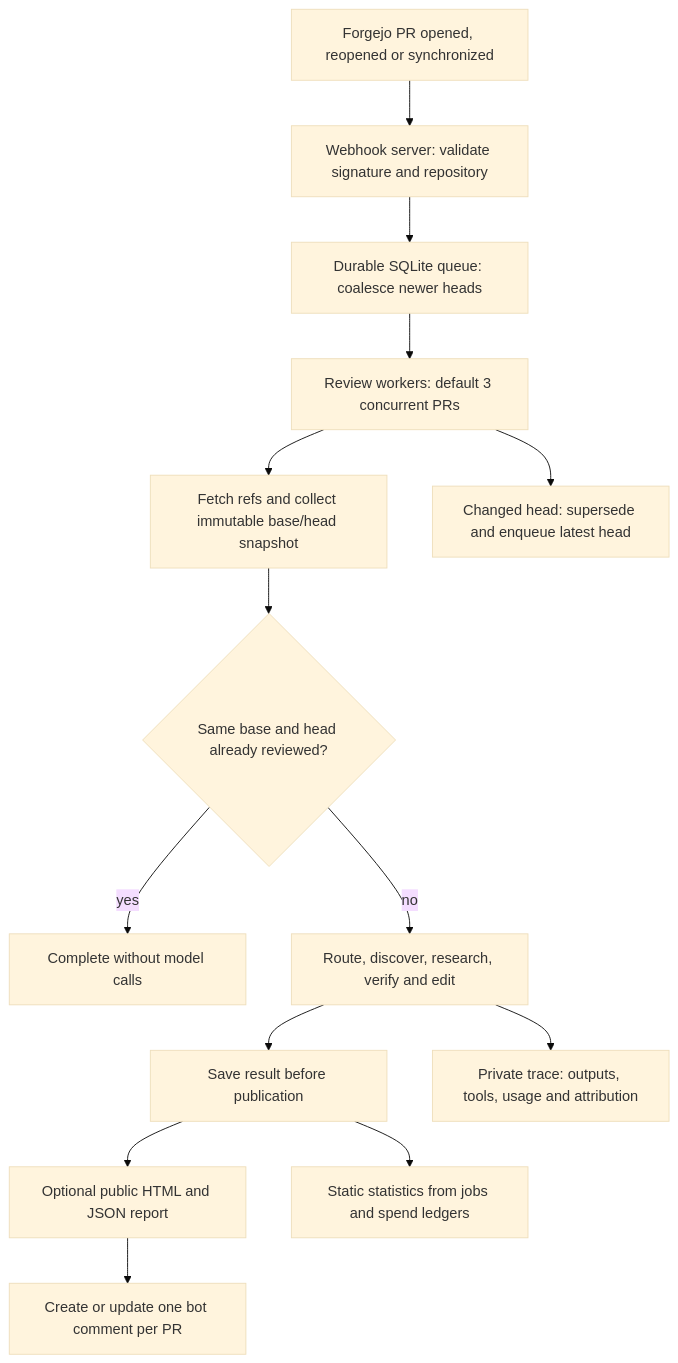
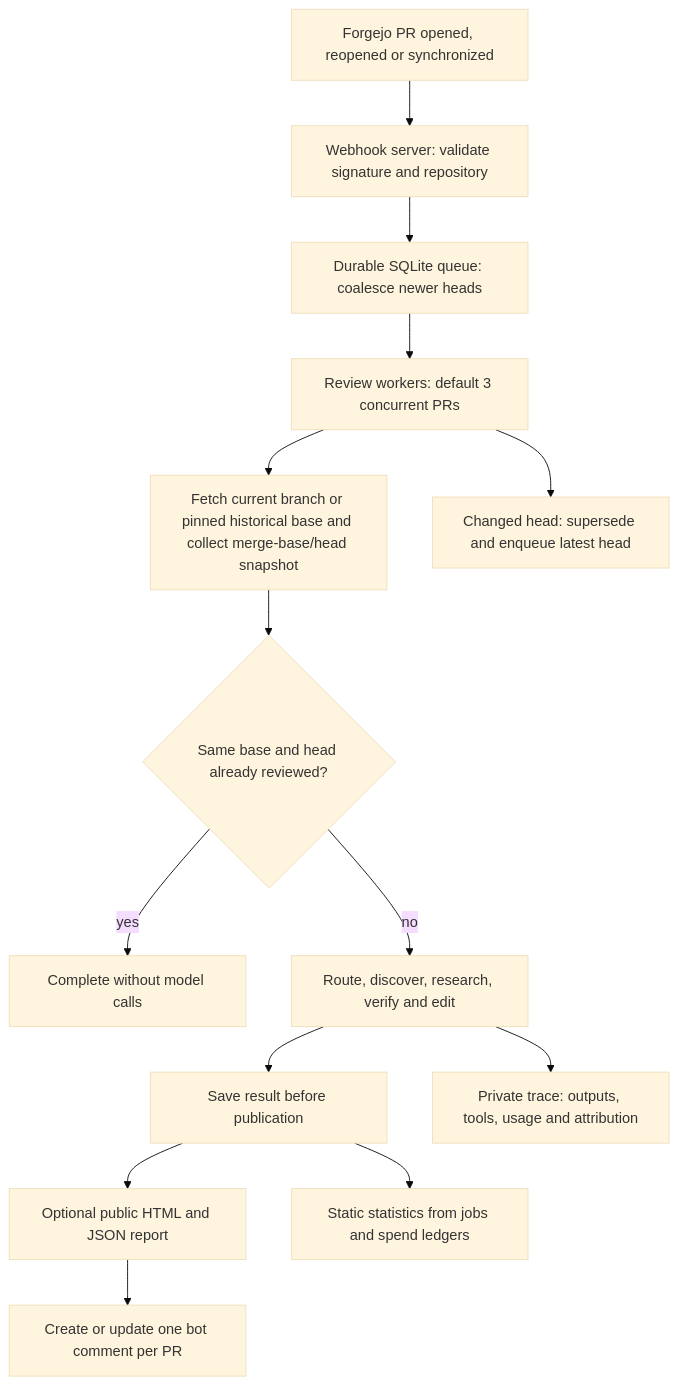
Before and after one commit to sedited/nix-wll: the first of 4 diagrams in pkgs/ralph/README.md, drawn with Mermaid (base theme). The commit also changed 5 other files, not shown here.

First line of the commit message:
Pin historical review bases before computing merge-base

````diff
--- a/pkgs/ralph/README.md
+++ b/pkgs/ralph/README.md
@@ -16,16 +16,16 @@
 ```mermaid
 flowchart TD
     event["Forgejo PR opened, reopened or synchronized"] --> webhook["Webhook server: validate signature and repository"]
     webhook --> queue["Durable SQLite queue: coalesce newer heads"]
     queue --> workers["Review workers: default 3 concurrent PRs"]
-    workers --> collect["Fetch refs and collect immutable base/head snapshot"]
+    workers --> collect["Fetch current branch or pinned historical base and collect merge-base/head snapshot"]
     collect --> existing{"Same base and head already reviewed?"}
     existing -->|yes| done["Complete without model calls"]
     existing -->|no| pipeline["Route, discover, research, verify and edit"]
     pipeline --> saved["Save result before publication"]
     saved --> report["Optional public HTML and JSON report"]
     report --> publish["Create or update one bot comment per PR"]
     pipeline --> trace["Private trace: outputs, tools, usage and attribution"]
     saved --> stats["Static statistics from jobs and spend ledgers"]
     workers --> stale["Changed head: supersede and enqueue latest head"]
 ```
````
